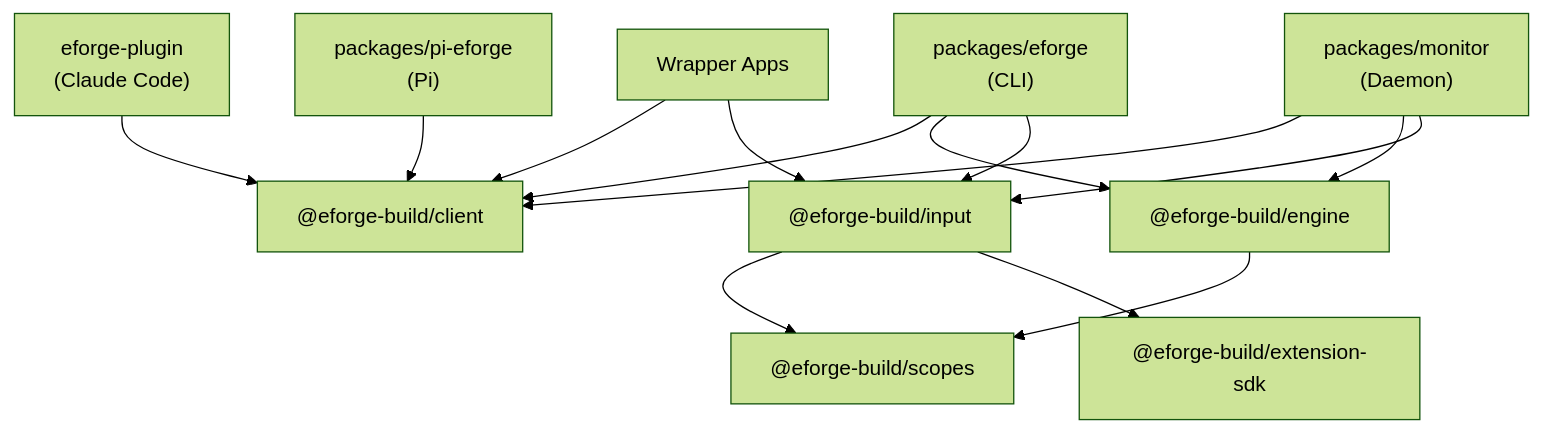
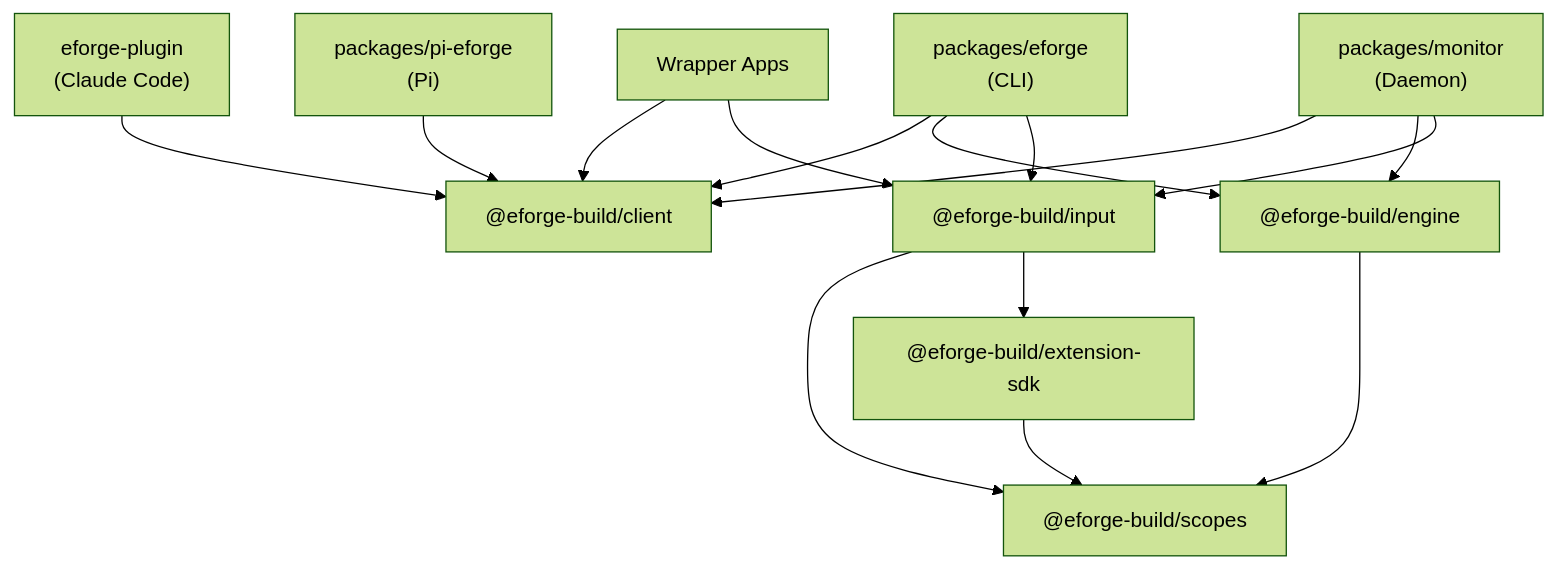
Before and after one commit to eforge-build/eforge: the second of 4 diagrams in docs/architecture.md, drawn with Mermaid (forest theme). The commit also changed other lines of this file and 10 other files, not shown here.

````diff
--- a/docs/architecture.md
+++ b/docs/architecture.md
@@ -72,27 +72,28 @@
 ```mermaid
 flowchart TD
     wrappers["Wrapper Apps"]
     plugin["eforge-plugin\n(Claude Code)"]
     pi["packages/pi-eforge\n(Pi)"]
     cli["packages/eforge\n(CLI)"]
     monitor["packages/monitor\n(Daemon)"]
     client["@eforge-build/client"]
     input["@eforge-build/input"]
     engine["@eforge-build/engine"]
     scopes["@eforge-build/scopes"]
     extensionSdk["@eforge-build/extension-sdk"]
 
     wrappers --> client
     wrappers --> input
     plugin --> client
     pi --> client
     cli --> client
     cli --> engine
     cli --> input
     monitor --> client
     monitor --> engine
     monitor --> input
     engine --> scopes
     input --> scopes
     input --> extensionSdk
+    extensionSdk --> scopes
 ```
````
